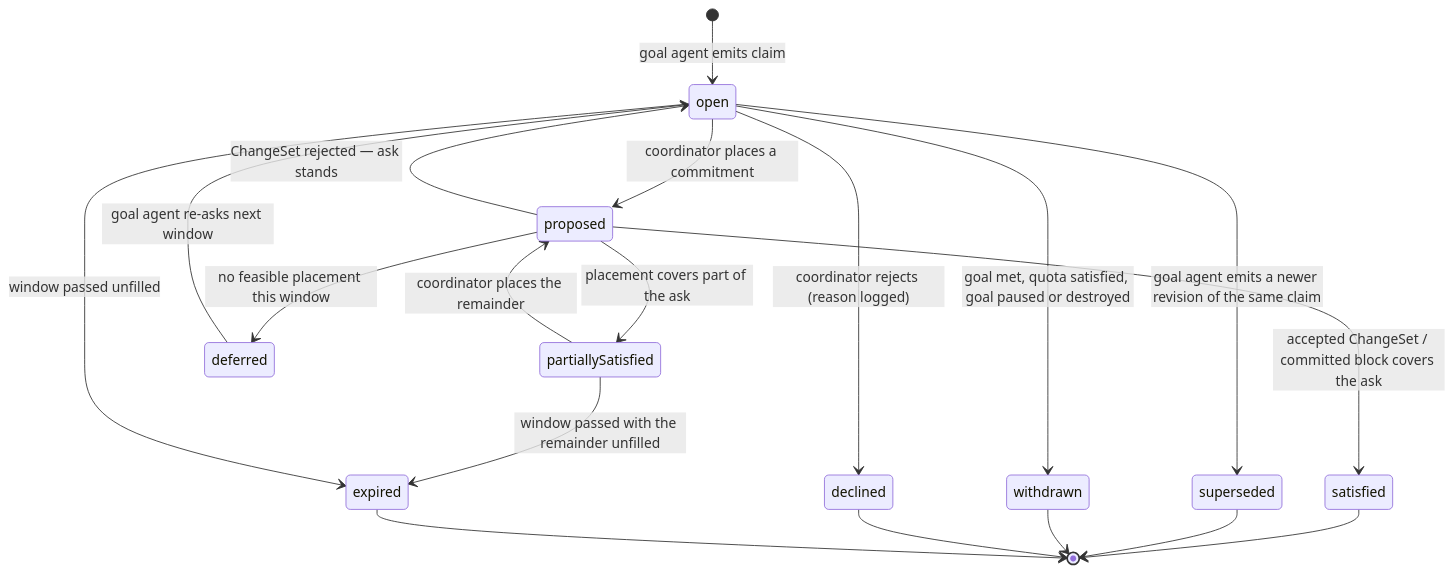
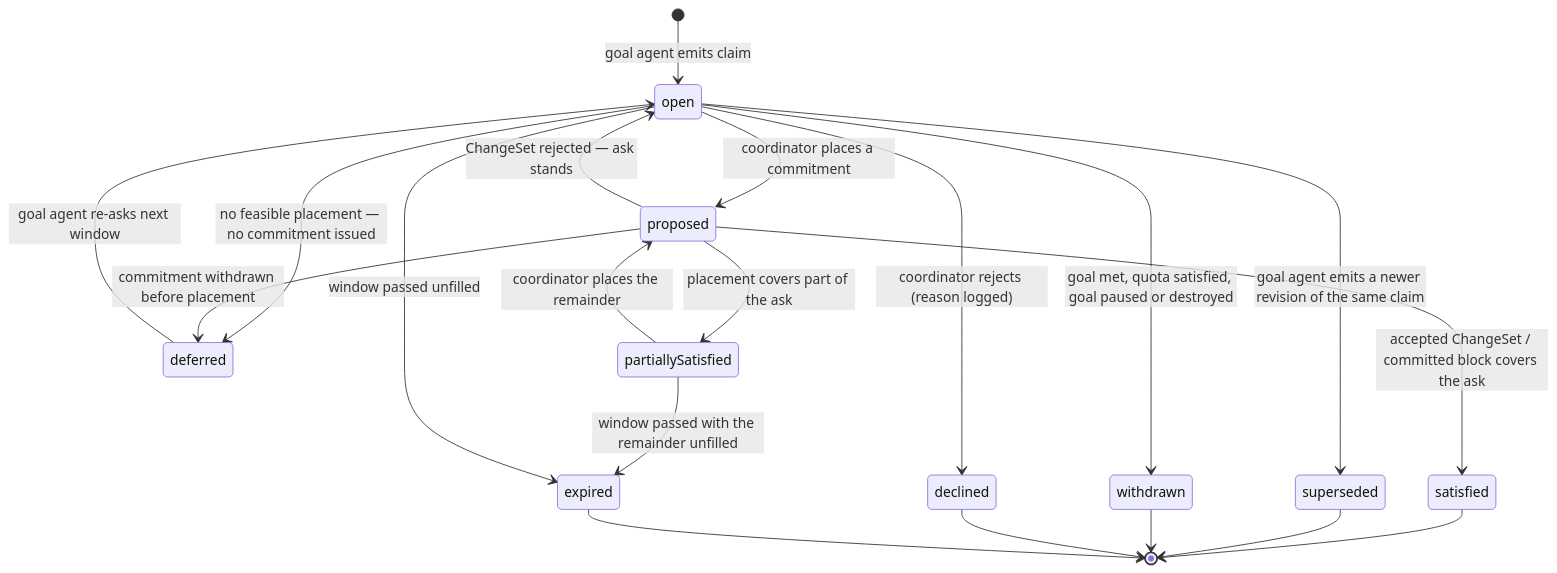
Before and after one commit to matthiasn/lotti: the fourth of 4 diagrams in docs/implementation_plans/2026-08-13_goal_planner_negotiation.md, drawn with Mermaid. The commit also changed other lines of this file, not shown here.

First line of the commit message:
docs: bind the disposition to a real placement event in the sketch

````diff
--- a/docs/implementation_plans/2026-08-13_goal_planner_negotiation.md
+++ b/docs/implementation_plans/2026-08-13_goal_planner_negotiation.md
@@ -178,21 +180,22 @@
 ```mermaid
 stateDiagram-v2
   [*] --> open: goal agent emits claim
   open --> proposed: coordinator places a commitment
+  open --> deferred: no feasible placement — no commitment issued
   proposed --> satisfied: accepted ChangeSet / committed block covers the ask
   proposed --> partiallySatisfied: placement covers part of the ask
-  proposed --> deferred: no feasible placement this window
+  proposed --> deferred: commitment withdrawn before placement
   proposed --> open: ChangeSet rejected — ask stands
   partiallySatisfied --> proposed: coordinator places the remainder
   partiallySatisfied --> expired: window passed with the remainder unfilled
   deferred --> open: goal agent re-asks next window
   open --> superseded: goal agent emits a newer revision of the same claim
   open --> withdrawn: goal met, quota satisfied, goal paused or destroyed
   open --> declined: coordinator rejects (reason logged)
   open --> expired: window passed unfilled
   satisfied --> [*]
   superseded --> [*]
   withdrawn --> [*]
   declined --> [*]
   expired --> [*]
 ```
````
